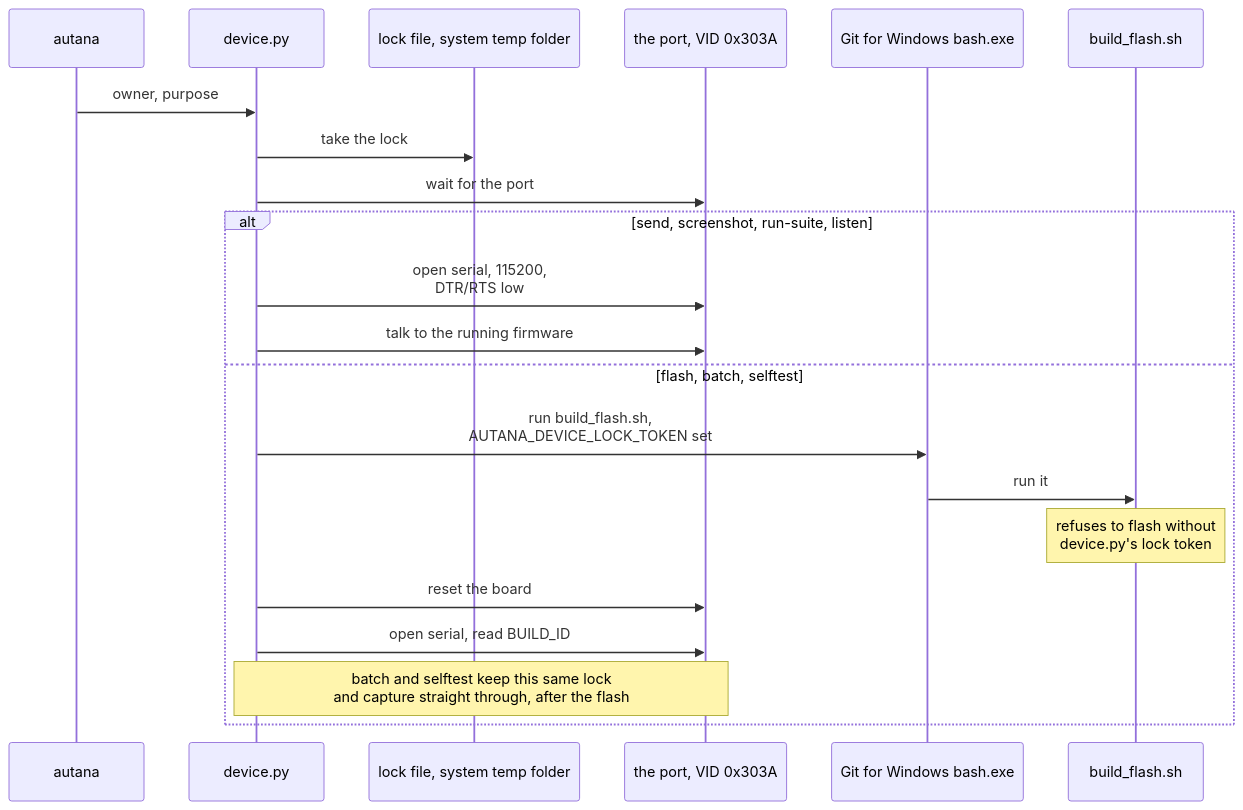
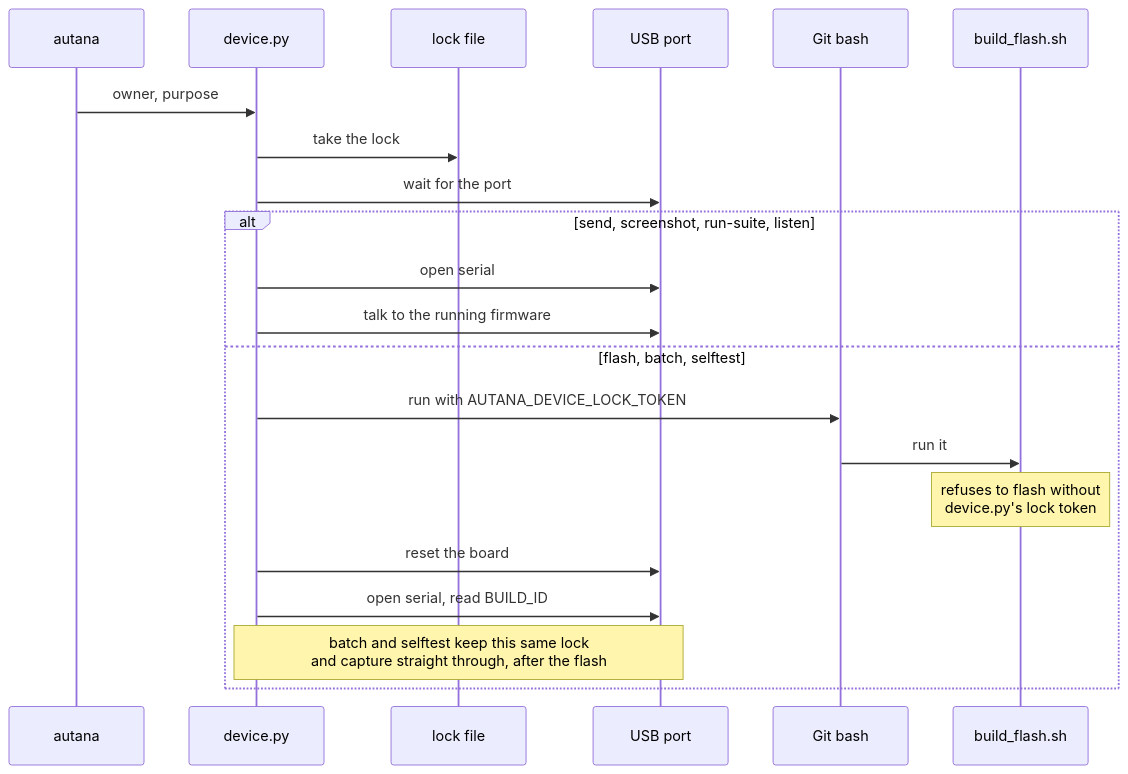
One commit to jose-villegas/autana changed the diagram in docs/tools/Device-Lock.md. Above: the diagram before and after it, drawn with Mermaid. The commit also changed 4 other files, not shown here.

First line of the commit message:
docs: make overlapping Mermaid diagrams legible and trim their labels

````diff
--- a/docs/tools/Device-Lock.md
+++ b/docs/tools/Device-Lock.md
@@ -8,25 +8,25 @@
 ```mermaid
 sequenceDiagram
     participant App as autana
     participant Dev as device.py
-    participant Lock as lock file, system temp folder
-    participant Port as the port, VID 0x303A
-    participant Bash as Git for Windows bash.exe
+    participant Lock as lock file
+    participant Port as USB port
+    participant Bash as Git bash
     participant Flash as build_flash.sh
 
     App->>Dev: owner, purpose
     Dev->>Lock: take the lock
     Dev->>Port: wait for the port
 
     alt send, screenshot, run-suite, listen
-        Dev->>Port: open serial, 115200,<br/>DTR/RTS low
+        Dev->>Port: open serial
         Dev->>Port: talk to the running firmware
     else flash, batch, selftest
-        Dev->>Bash: run build_flash.sh,<br/>AUTANA_DEVICE_LOCK_TOKEN set
+        Dev->>Bash: run with AUTANA_DEVICE_LOCK_TOKEN
         Bash->>Flash: run it
         Note over Flash: refuses to flash without<br/>device.py's lock token
         Dev->>Port: reset the board
         Dev->>Port: open serial, read BUILD_ID
         Note over Dev,Port: batch and selftest keep this same lock<br/>and capture straight through, after the flash
     end
 ```
````
